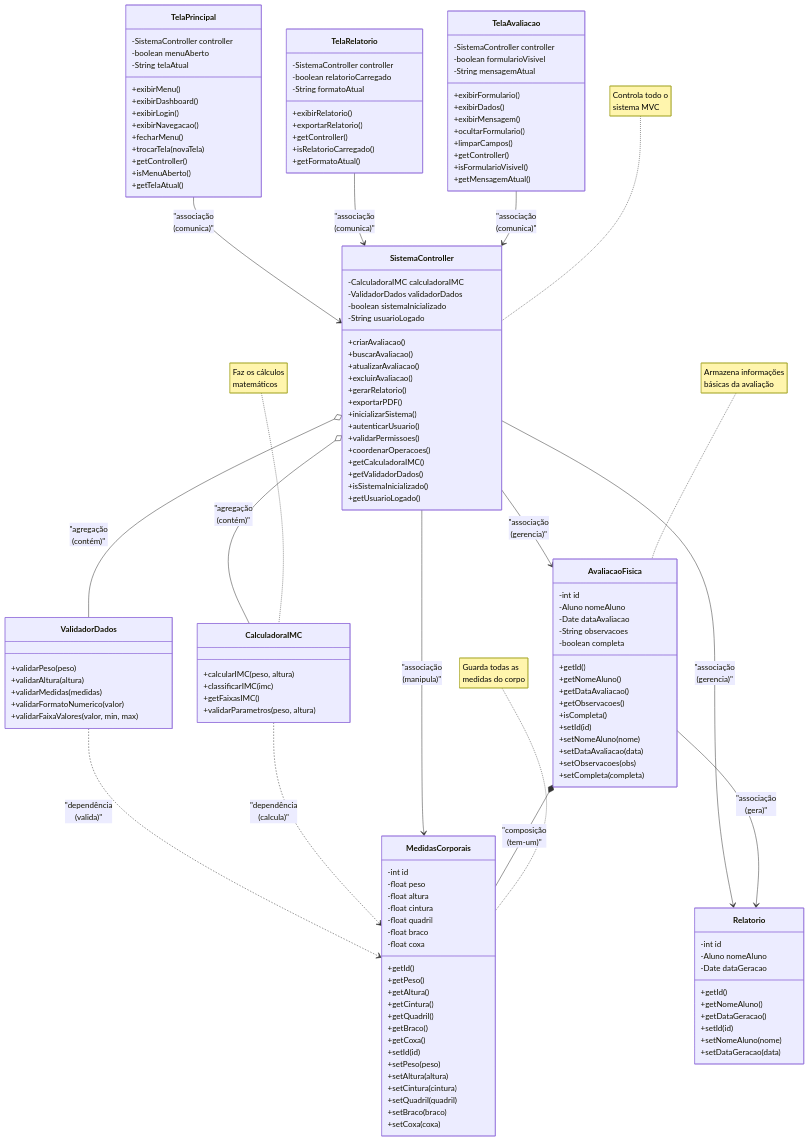
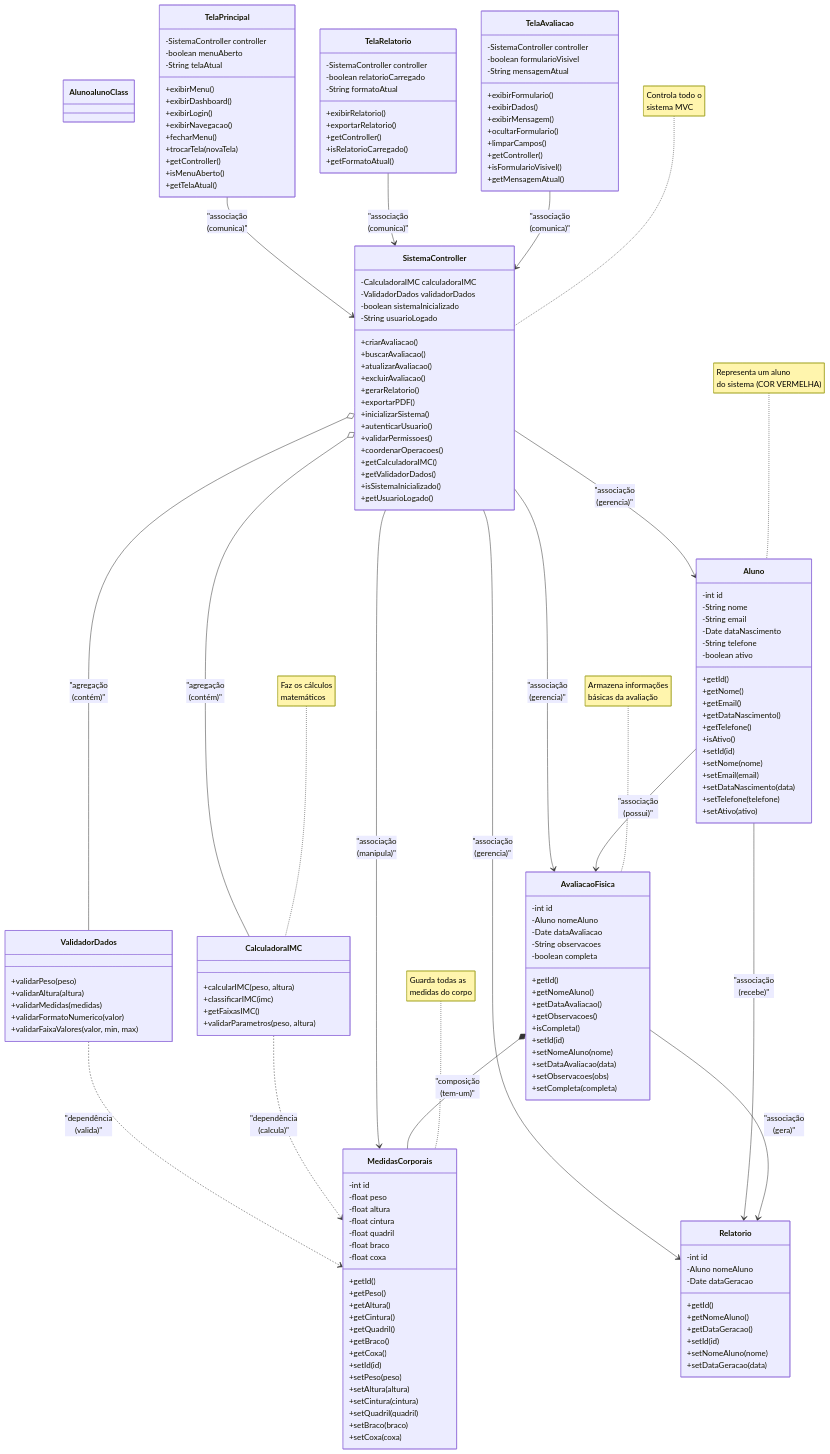
Before and after one commit to elainefabiola/Registro-de-evolu-o-f-sica: the diagram in diagrama_classes.md, drawn with Mermaid. The commit also changed other lines of this file, not shown here.

Commit message:
UPDATE: Digrama de classe

```diff
--- a/diagrama_classes.md
+++ b/diagrama_classes.md
@@ -7,6 +7,9 @@
 classDiagram
     %% ===== DADOS (MODEL) =====
     %% Aqui ficam as informações que o sistema guarda
+    
+    %% Estilo para classe Aluno (cor vermelha)
+    classDef alunoClass fill:#ff6b6b,stroke:#d63031,stroke-width:2px,color:#fff
     
     class AvaliacaoFisica {
         -int id
@@ -25,6 +28,30 @@
         +setObservacoes(obs)
         +setCompleta(completa)
     }
+
+    class Aluno {
+        -int id
+        -String nome
+        -String email
+        -Date dataNascimento
+        -String telefone
+        -boolean ativo
+        +getId()
+        +getNome()
+        +getEmail()
+        +getDataNascimento()
+        +getTelefone()
+        +isAtivo()
+        +setId(id)
+        +setNome(nome)
+        +setEmail(email)
+        +setDataNascimento(data)
+        +setTelefone(telefone)
+        +setAtivo(ativo)
+    }
+    
+    %% Aplicar estilo vermelho à classe Aluno
+    class Aluno alunoClass
  
 
     class MedidasCorporais {
@@ -163,10 +190,15 @@
     %% Uma AvaliacaoFisica está ASSOCIADA a Relatorios
     AvaliacaoFisica --> Relatorio : "associação<br/>(gera)"
     
+    %% Relacionamentos Aluno (Associações)
+    Aluno --> AvaliacaoFisica : "associação<br/>(possui)"
+    Aluno --> Relatorio : "associação<br/>(recebe)"
+    
     %% Relacionamentos Controller -> Model (Associações)
     SistemaController --> AvaliacaoFisica : "associação<br/>(gerencia)"
     SistemaController --> MedidasCorporais : "associação<br/>(manipula)"
     SistemaController --> Relatorio : "associação<br/>(gerencia)"
+    SistemaController --> Aluno : "associação<br/>(gerencia)"
     
     %% Relacionamentos View -> Controller (Associações)
     TelaAvaliacao --> SistemaController : "associação<br/>(comunica)"
@@ -178,6 +210,8 @@
     ValidadorDados ..> MedidasCorporais : "dependência<br/>(valida)"
 
     %% Notas explicativas
+    note for Aluno "Representa um aluno<br/>do sistema (COR VERMELHA)"
+    
     note for AvaliacaoFisica "Armazena informações<br/>básicas da avaliação"
     
     note for MedidasCorporais "Guarda todas as<br/>medidas do corpo"
```
